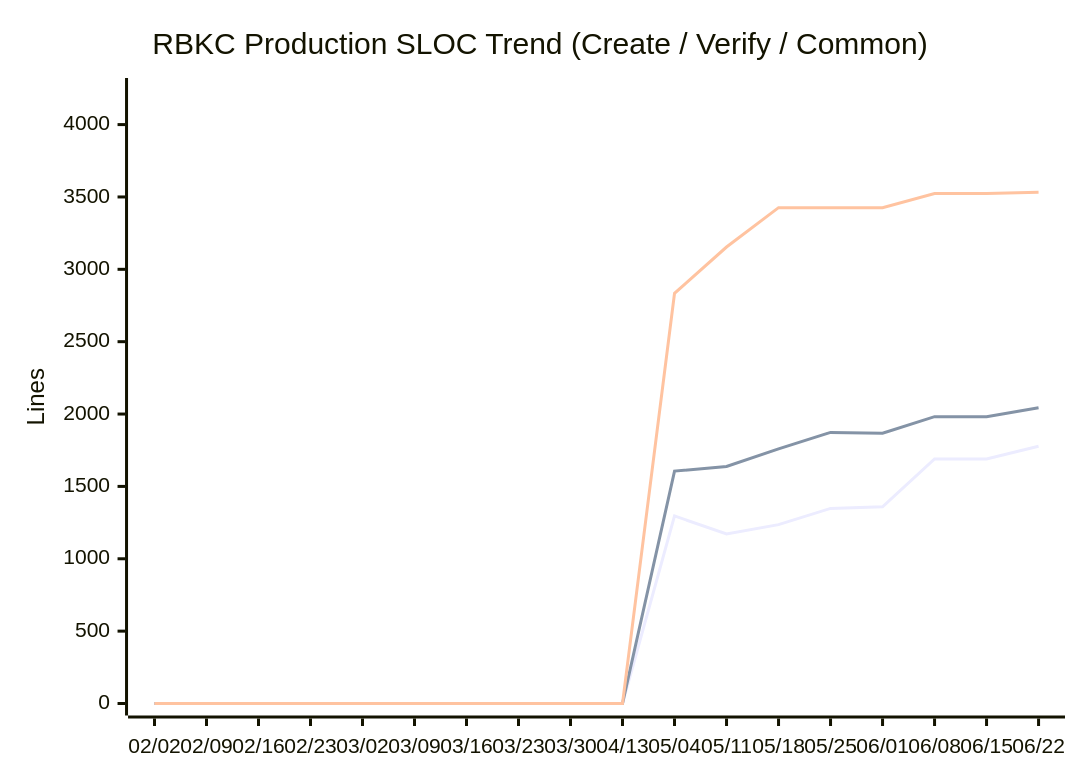
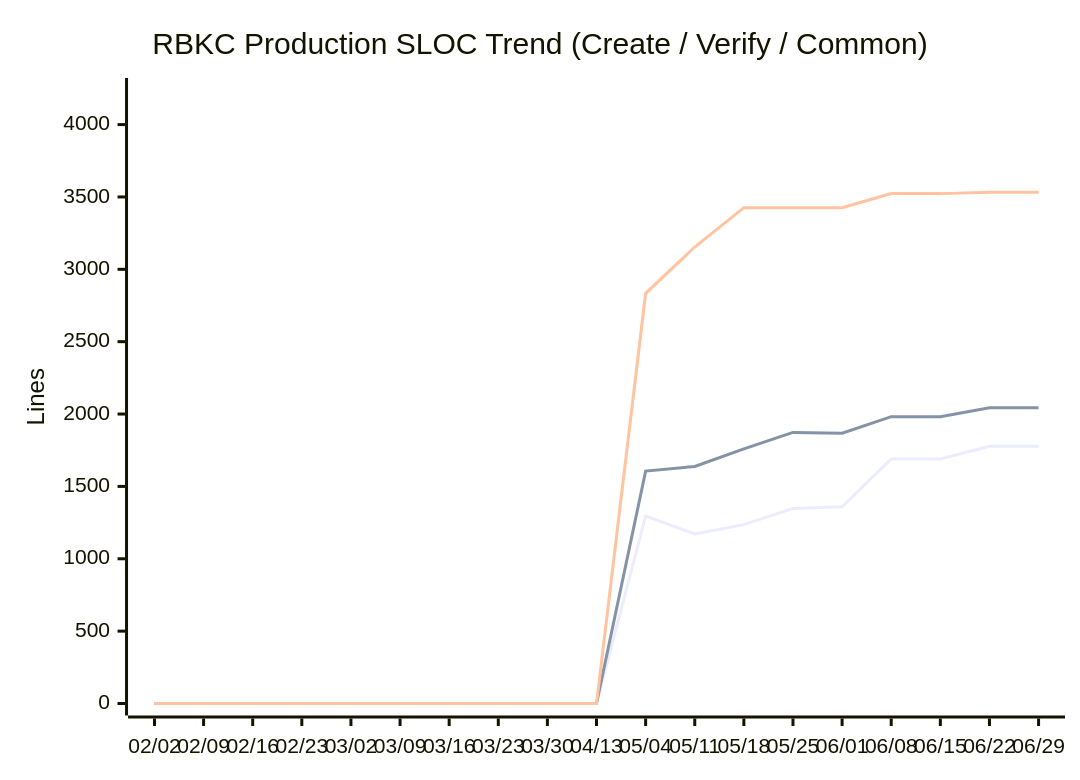
Diagram 11 of 14 in docs/metrics.md (nablarch/nabledge-dev), drawn with Mermaid before and after one commit. The commit also changed other lines of this file and 2 other files, not shown here.

````diff
--- a/docs/metrics.md
+++ b/docs/metrics.md
@@ -146,9 +146,9 @@
 ```mermaid
 xychart-beta
   title "RBKC Production SLOC Trend (Create / Verify / Common)"
-  x-axis ["02/02", "02/09", "02/16", "02/23", "03/02", "03/09", "03/16", "03/23", "03/30", "04/13", "05/04", "05/11", "05/18", "05/25", "06/01", "06/08", "06/15", "06/22"]
+  x-axis ["02/02", "02/09", "02/16", "02/23", "03/02", "03/09", "03/16", "03/23", "03/30", "04/13", "05/04", "05/11", "05/18", "05/25", "06/01", "06/08", "06/15", "06/22", "06/29"]
   y-axis "Lines" 0 --> 4239
-  line [0, 0, 0, 0, 0, 0, 0, 0, 0, 0, 1296, 1172, 1236, 1348, 1359, 1690, 1690, 1777]
-  line [0, 0, 0, 0, 0, 0, 0, 0, 0, 0, 1606, 1638, 1759, 1873, 1867, 1982, 1982, 2044]
-  line [0, 0, 0, 0, 0, 0, 0, 0, 0, 0, 2834, 3154, 3426, 3426, 3425, 3523, 3523, 3532]
+  line [0, 0, 0, 0, 0, 0, 0, 0, 0, 0, 1296, 1172, 1236, 1348, 1359, 1690, 1690, 1777, 1777]
+  line [0, 0, 0, 0, 0, 0, 0, 0, 0, 0, 1606, 1638, 1759, 1873, 1867, 1982, 1982, 2044, 2044]
+  line [0, 0, 0, 0, 0, 0, 0, 0, 0, 0, 2834, 3154, 3426, 3426, 3425, 3523, 3523, 3532, 3532]
 ```
````
